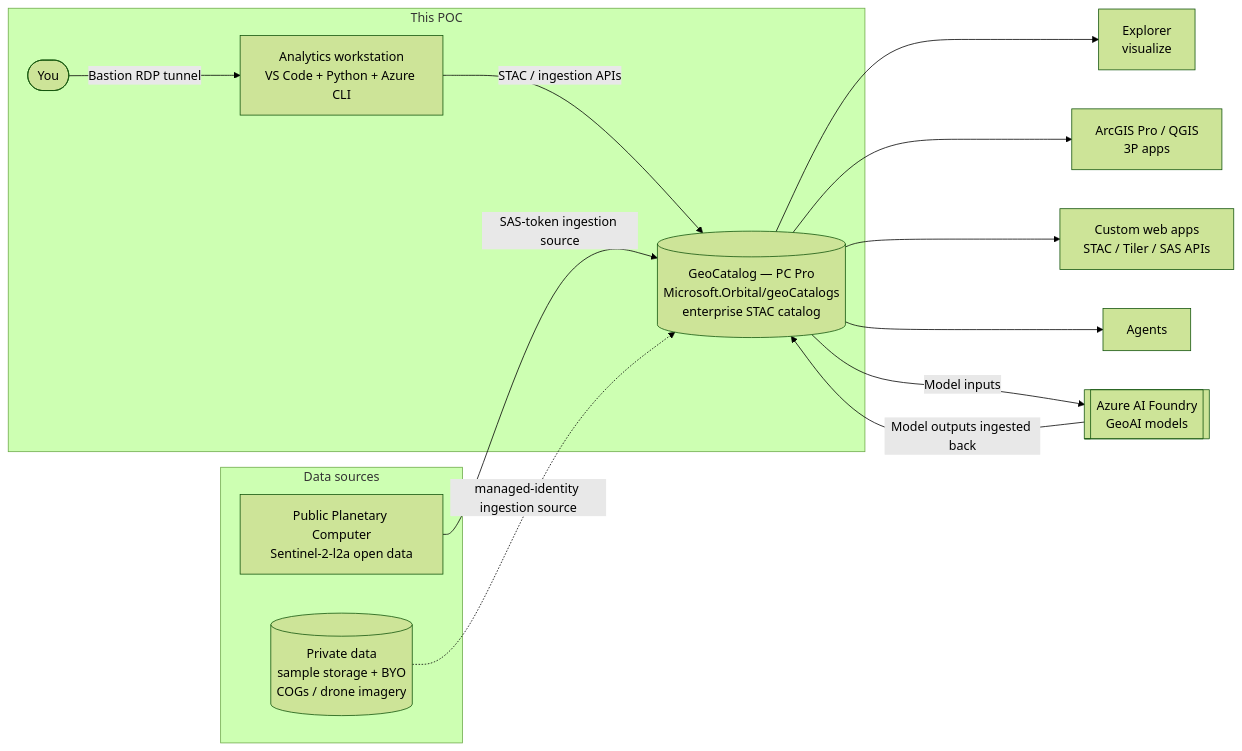
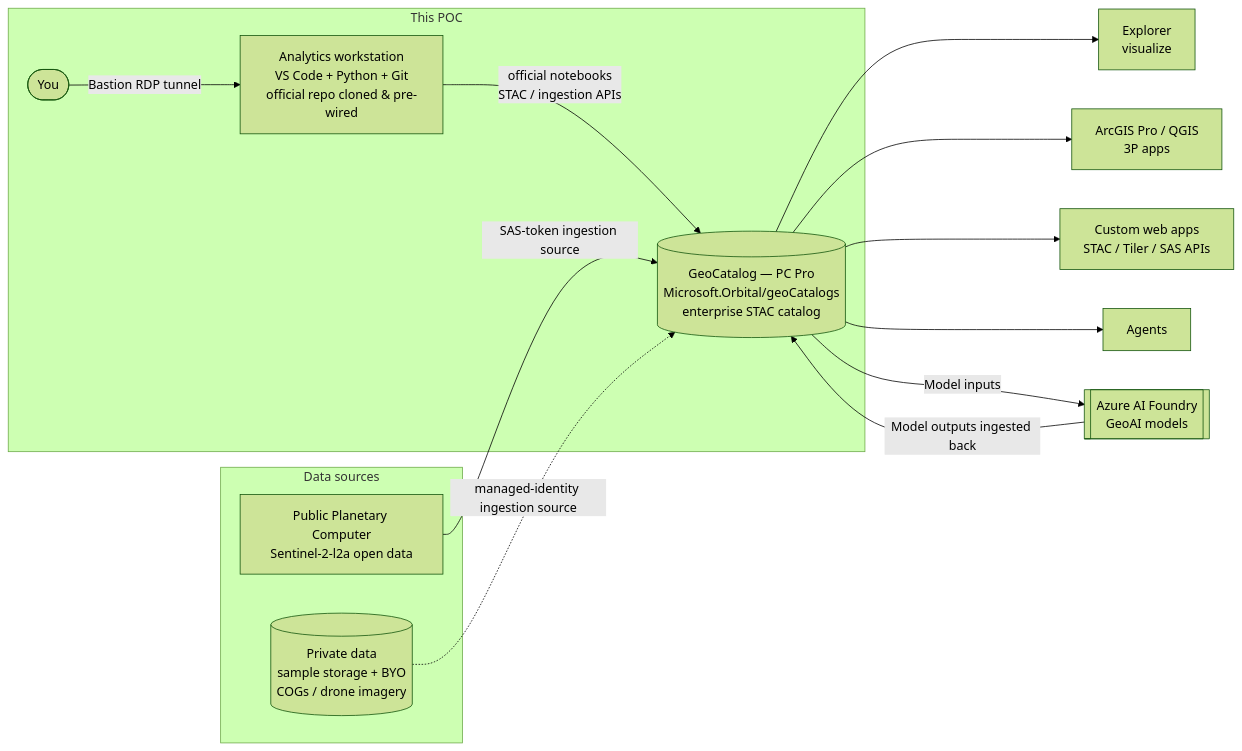
One commit to Balunywa/planetary-computer-pro-poc changed the diagram in README.md. Above: the diagram before and after it, drawn with Mermaid (forest theme). The commit also changed other lines of this file and 6 other files, not shown here.

````diff
--- a/README.md
+++ b/README.md
@@ -38,24 +61,24 @@
 ```mermaid
 flowchart LR
   subgraph sources[Data sources]
     pc[Public Planetary Computer<br/>Sentinel-2-l2a open data]
     store[(Private data<br/>sample storage + BYO<br/>COGs / drone imagery)]
   end
 
   subgraph poc[This POC]
-    user([You]) -->|Bastion RDP tunnel| ws[Analytics workstation<br/>VS Code + Python + Azure CLI]
+    user([You]) -->|Bastion RDP tunnel| ws[Analytics workstation<br/>VS Code + Python + Git<br/>official repo cloned & pre-wired]
     gc[(GeoCatalog — PC Pro<br/>Microsoft.Orbital/geoCatalogs<br/>enterprise STAC catalog)]
   end
 
-  ws -->|STAC / ingestion APIs| gc
+  ws -->|official notebooks<br/>STAC / ingestion APIs| gc
   pc -->|SAS-token ingestion source| gc
   store -. managed-identity ingestion source .-> gc
 
   gc --> exp[Explorer<br/>visualize]
   gc --> gis[ArcGIS Pro / QGIS<br/>3P apps]
   gc --> app[Custom web apps<br/>STAC / Tiler / SAS APIs]
   gc --> agents[Agents]
 
   gc -->|Model inputs| foundry[[Azure AI Foundry<br/>GeoAI models]]
   foundry -->|Model outputs ingested back| gc
 ```
````
